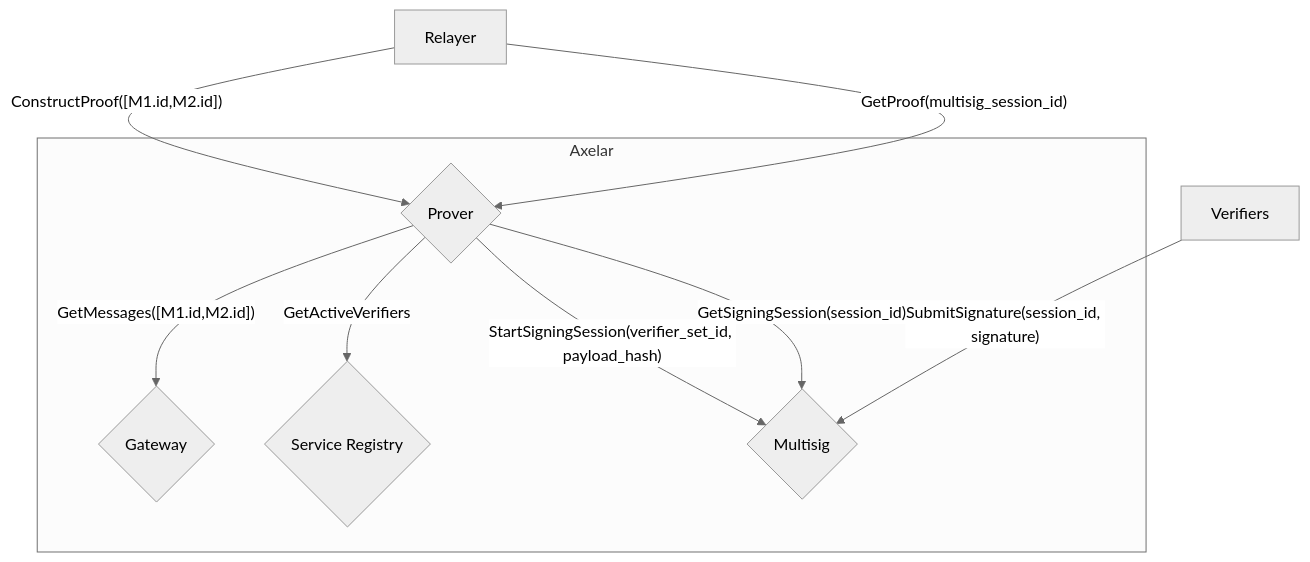
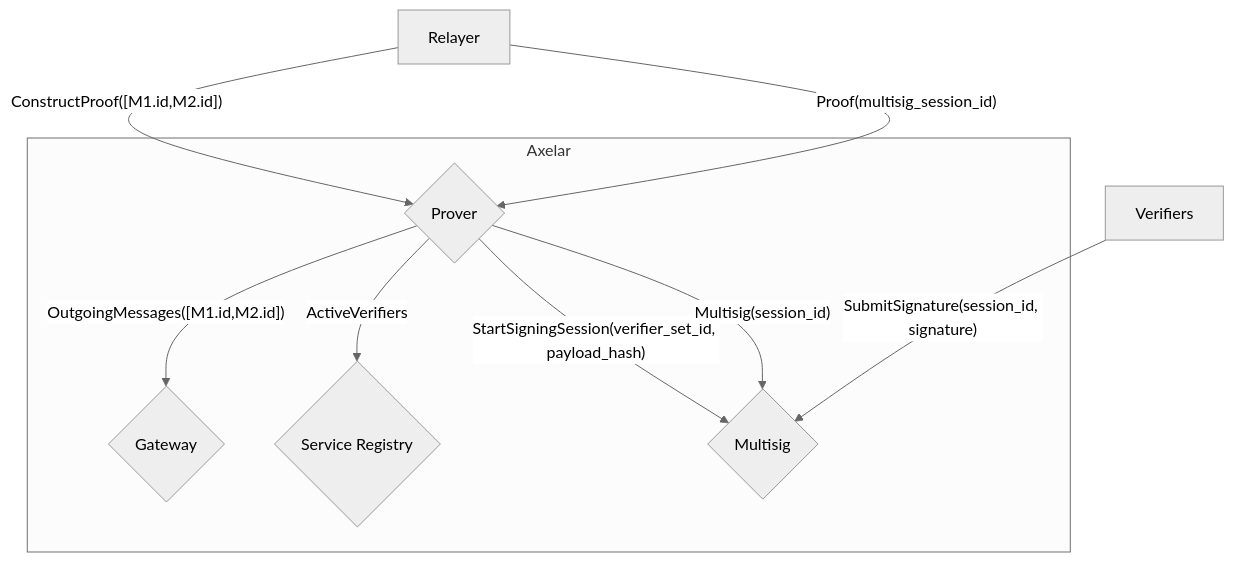
Before and after one commit to axelarnetwork/axelar-amplifier: the second of 4 diagrams in doc/src/overview.md, drawn with Mermaid (neutral theme). The commit also changed other lines of this file, not shown here.

````diff
--- a/doc/src/overview.md
+++ b/doc/src/overview.md
@@ -51,17 +49,17 @@
 ```mermaid
 flowchart TD
 subgraph Axelar
     G2{"Gateway"}
     P{"Prover"}
     M{"Multisig"}
     S{"Service Registry"}
 end
 
 Relayer --"ConstructProof([M1.id,M2.id])"-->P
-P --"GetMessages([M1.id,M2.id])"-->G2
-P --"GetActiveVerifiers"-->S
+P --"OutgoingMessages([M1.id,M2.id])"-->G2
+P --"ActiveVerifiers"-->S
 P --"StartSigningSession(verifier_set_id, payload_hash)"-->M
 Verifiers --"SubmitSignature(session_id, signature)"-->M
-Relayer --"GetProof(multisig_session_id)" --> P
-P --"GetSigningSession(session_id)"-->M
+Relayer --"Proof(multisig_session_id)" --> P
+P --"Multisig(session_id)"-->M
 ```
````
